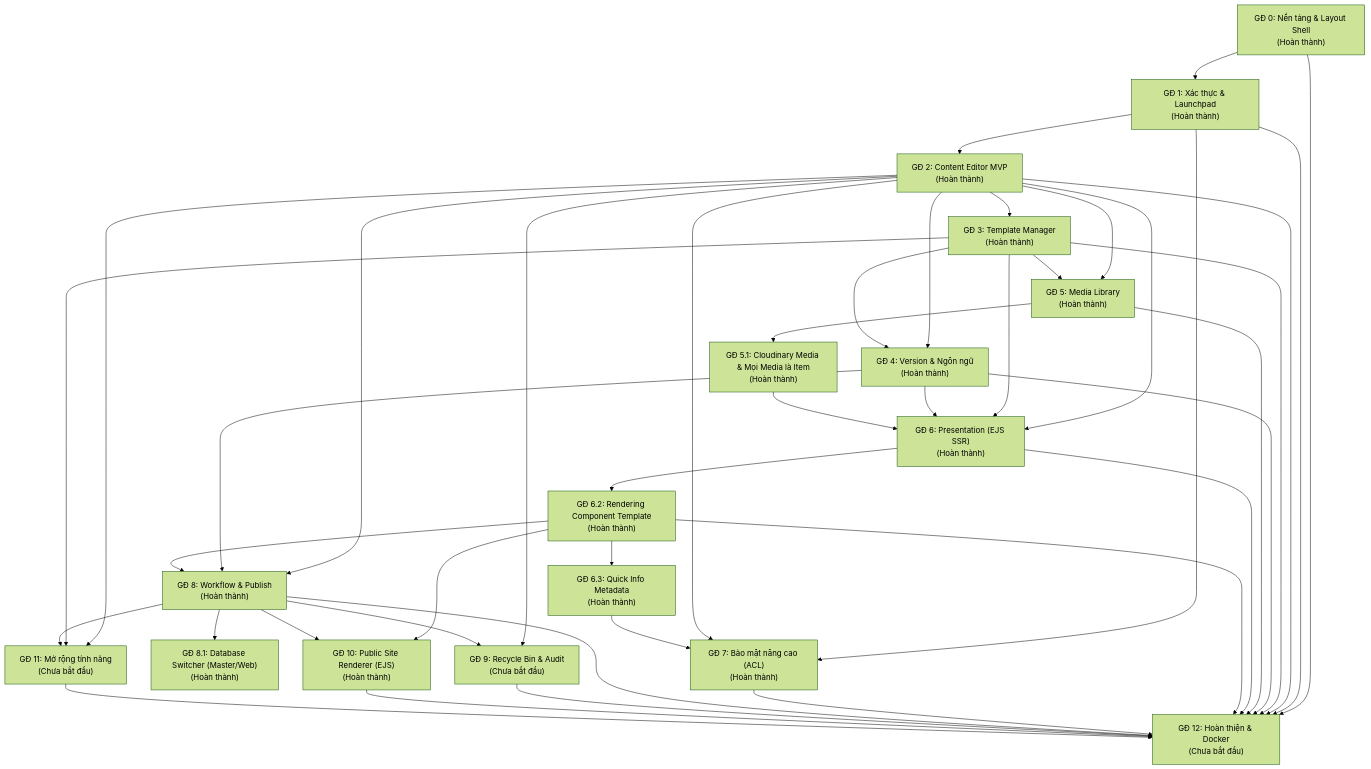
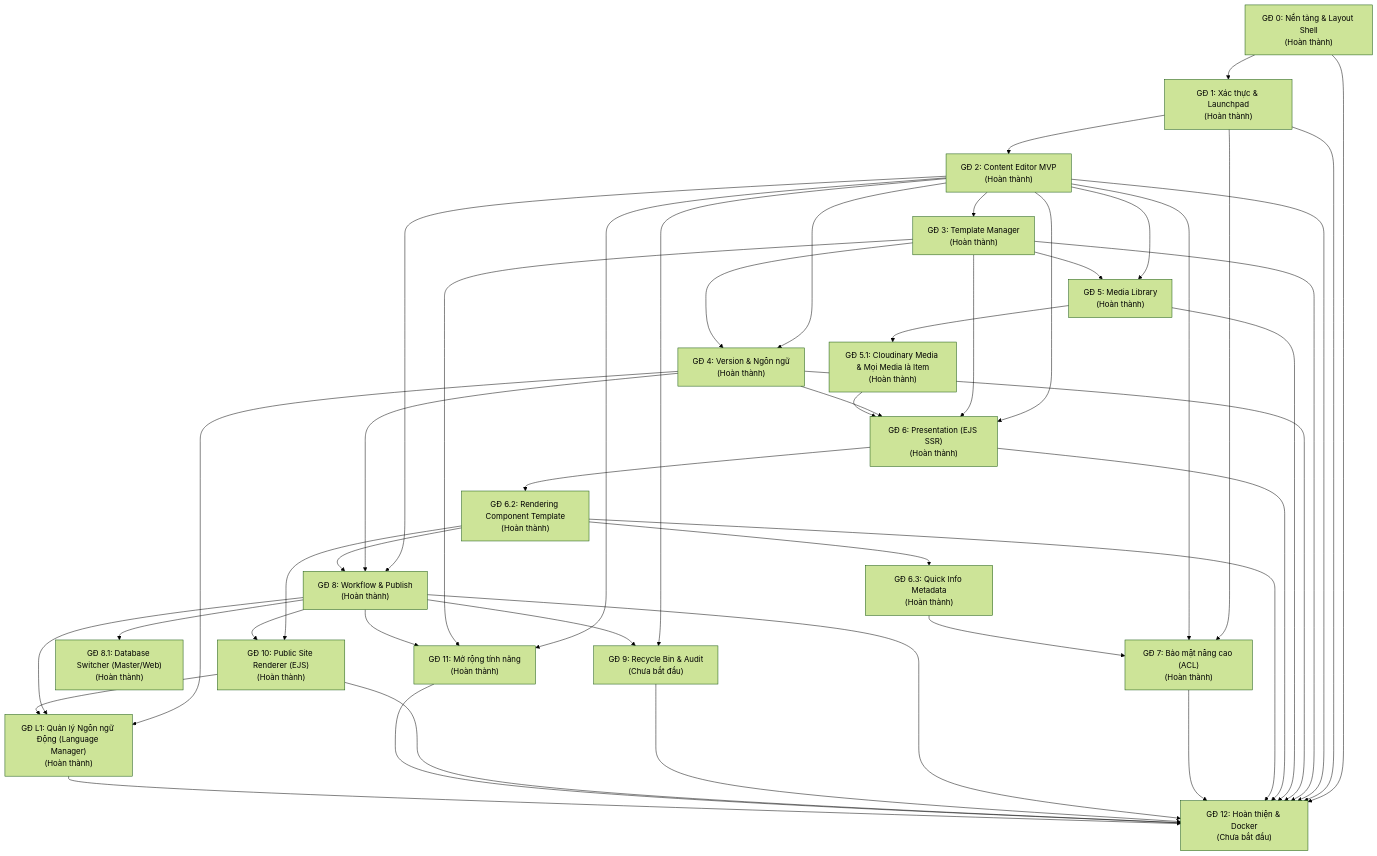
One commit to mittomao/Admin-CMS changed the diagram in docs/phases/README.md. Above: the diagram before and after it, drawn with Mermaid (forest theme). The commit also changed other lines of this file and 50 other files, not shown here.

Commit message:
GĐ L1: Language Manager

````diff
--- a/docs/phases/README.md
+++ b/docs/phases/README.md
@@ -9,19 +9,20 @@
 ```mermaid
 flowchart TD
     GD0["GĐ 0: Nền tảng & Layout Shell<br/>(Hoàn thành)"] --> GD1["GĐ 1: Xác thực & Launchpad<br/>(Hoàn thành)"]
     GD1 --> GD2["GĐ 2: Content Editor MVP<br/>(Hoàn thành)"]
     GD2 --> GD3["GĐ 3: Template Manager<br/>(Hoàn thành)"]
     GD2 & GD3 --> GD4["GĐ 4: Version & Ngôn ngữ<br/>(Hoàn thành)"]
     GD2 & GD3 --> GD5["GĐ 5: Media Library<br/>(Hoàn thành)"]
     GD5 --> GD5_1["GĐ 5.1: Cloudinary Media & Mọi Media là Item<br/>(Hoàn thành)"]
     GD2 & GD3 & GD4 & GD5_1 --> GD6["GĐ 6: Presentation (EJS SSR)<br/>(Hoàn thành)"]
     GD6 --> GD6_2["GĐ 6.2: Rendering Component Template<br/>(Hoàn thành)"]
     GD6_2 --> GD6_3["GĐ 6.3: Quick Info Metadata<br/>(Hoàn thành)"]
     GD1 & GD2 & GD6_3 --> GD7["GĐ 7: Bảo mật nâng cao (ACL)<br/>(Hoàn thành)"]
     GD2 & GD4 & GD6_2 --> GD8["GĐ 8: Workflow & Publish<br/>(Hoàn thành)"]
     GD8 --> GD8_1["GĐ 8.1: Database Switcher (Master/Web)<br/>(Hoàn thành)"]
     GD2 & GD8 --> GD9["GĐ 9: Recycle Bin & Audit<br/>(Chưa bắt đầu)"]
     GD6_2 & GD8 --> GD10["GĐ 10: Public Site Renderer (EJS)<br/>(Hoàn thành)"]
-    GD2 & GD3 & GD8 --> GD11["GĐ 11: Mở rộng tính năng<br/>(Chưa bắt đầu)"]
-    GD0 & GD1 & GD2 & GD3 & GD4 & GD5 & GD6 & GD6_2 & GD7 & GD8 & GD9 & GD10 & GD11 --> GD12["GĐ 12: Hoàn thiện & Docker<br/>(Chưa bắt đầu)"]
+    GD2 & GD3 & GD8 --> GD11["GĐ 11: Mở rộng tính năng<br/>(Hoàn thành)"]
+    GD4 & GD8 & GD10 --> GDL1["GĐ L1: Quản lý Ngôn ngữ Động (Language Manager)<br/>(Hoàn thành)"]
+    GD0 & GD1 & GD2 & GD3 & GD4 & GD5 & GD6 & GD6_2 & GD7 & GD8 & GD9 & GD10 & GD11 & GDL1 --> GD12["GĐ 12: Hoàn thiện & Docker<br/>(Chưa bắt đầu)"]
 ```
````
